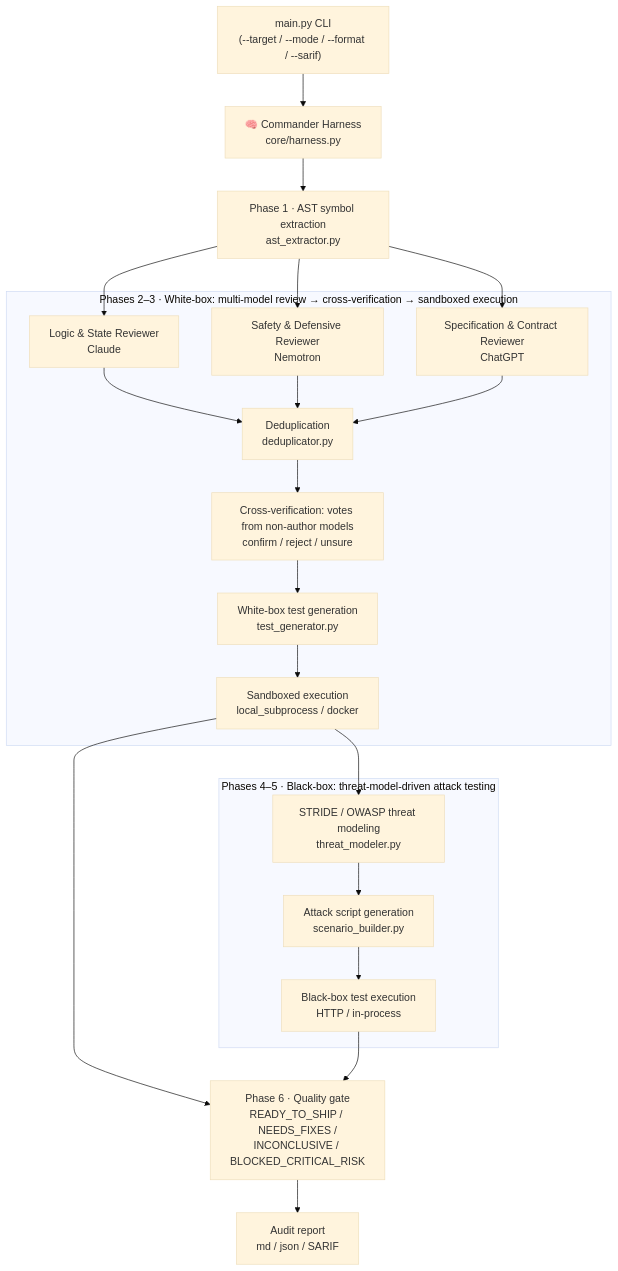
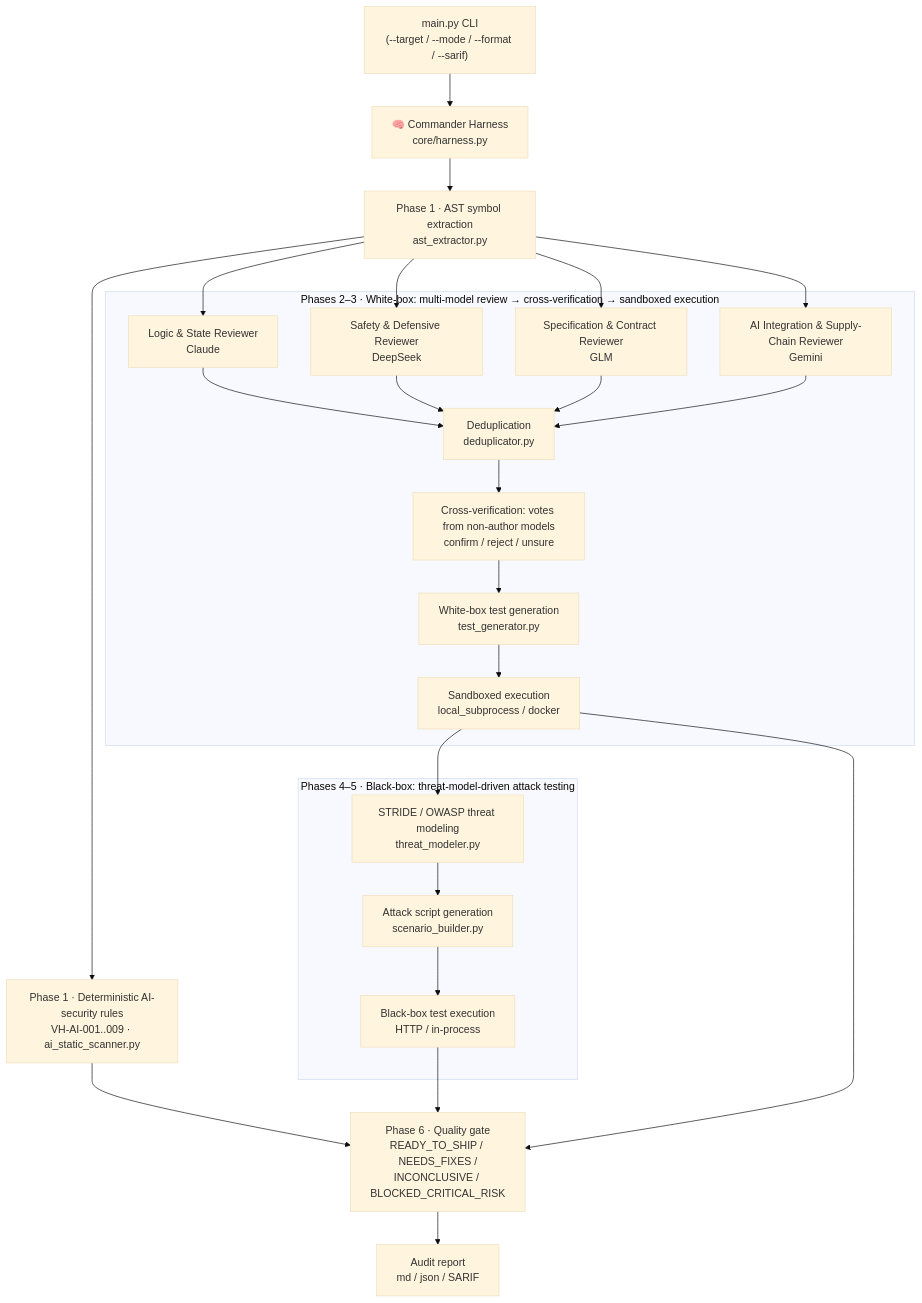
The diagram in README.en.md (chinchiang/MultiAgentGama), drawn with Mermaid (base theme) before and after one commit. The commit also changed other lines of this file and 30 other files, not shown here.

First line of the commit message:
feat: Claude/DeepSeek/GLM/Gemini ensemble and OWASP LLM Top 10 2026 / MITRE ATLAS hardening

````diff
--- a/README.en.md
+++ b/README.en.md
@@ -15,35 +15,40 @@
 ```mermaid
 flowchart TD
     CLI["main.py CLI<br/>(--target / --mode / --format / --sarif)"] --> CMD["🧠 Commander Harness<br/>core/harness.py"]
     CMD --> AST["Phase 1 · AST symbol extraction<br/>ast_extractor.py"]
+    AST --> AIR["Phase 1 · Deterministic AI-security rules<br/>VH-AI-001..009 · ai_static_scanner.py"]
 
     subgraph WB ["Phases 2–3 · White-box: multi-model review → cross-verification → sandboxed execution"]
         R1["Logic & State Reviewer<br/>Claude"]
-        R2["Safety & Defensive Reviewer<br/>Nemotron"]
-        R3["Specification & Contract Reviewer<br/>ChatGPT"]
+        R2["Safety & Defensive Reviewer<br/>DeepSeek"]
+        R3["Specification & Contract Reviewer<br/>GLM"]
+        R4["AI Integration & Supply-Chain Reviewer<br/>Gemini"]
         DEDUP["Deduplication<br/>deduplicator.py"]
         DEB["Cross-verification: votes from non-author models<br/>confirm / reject / unsure"]
         GEN["White-box test generation<br/>test_generator.py"]
         SBX["Sandboxed execution<br/>local_subprocess / docker"]
         R1 --> DEDUP
         R2 --> DEDUP
         R3 --> DEDUP
+        R4 --> DEDUP
         DEDUP --> DEB --> GEN --> SBX
     end
 
     AST --> R1
     AST --> R2
     AST --> R3
+    AST --> R4
 
     subgraph BB ["Phases 4–5 · Black-box: threat-model-driven attack testing"]
         TM["STRIDE / OWASP threat modeling<br/>threat_modeler.py"]
         ATK["Attack script generation<br/>scenario_builder.py"]
         BEX["Black-box test execution<br/>HTTP / in-process"]
         TM --> ATK --> BEX
     end
 
     SBX --> TM
     SBX --> GATE
+    AIR --> GATE
     BEX --> GATE["Phase 6 · Quality gate<br/>READY_TO_SHIP / NEEDS_FIXES /<br/>INCONCLUSIVE / BLOCKED_CRITICAL_RISK"]
     GATE --> OUT["Audit report<br/>md / json / SARIF"]
 ```
````
